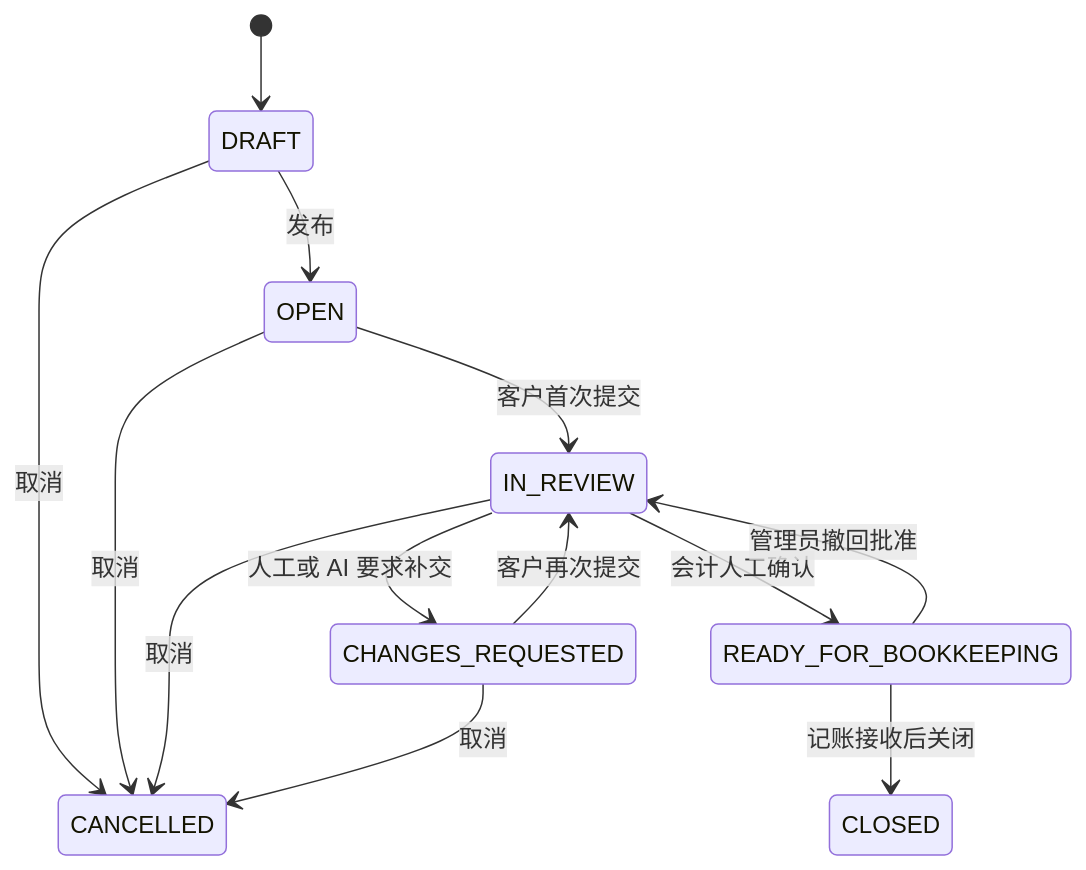
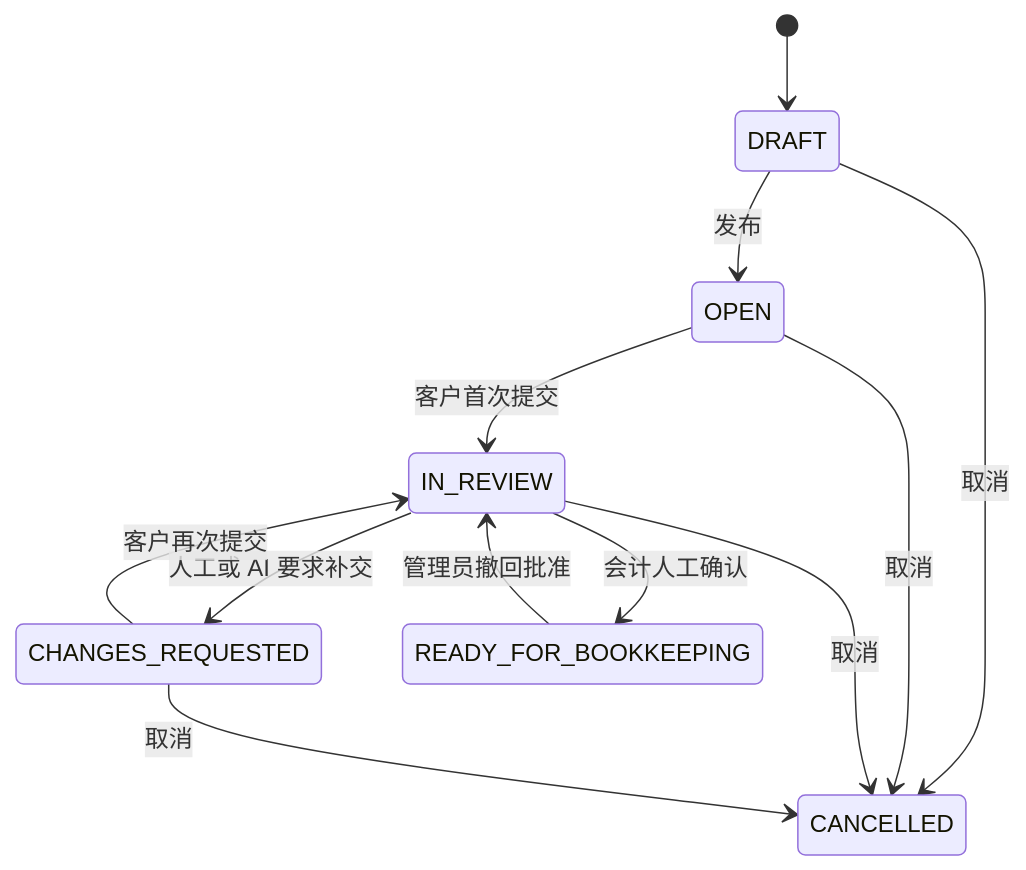
One commit to multi-mind-nus/acc-system-docs changed the fifth of 7 diagrams in README_系统设计说明书.md. Above: the diagram before and after it, drawn with Mermaid. The commit also changed other lines of this file and 5 other files, not shown here.

Commit message:
docs: add Folio architecture diagrams and refresh design documentation

````diff
--- a/README_系统设计说明书.md
+++ b/README_系统设计说明书.md
@@ -389,15 +413,14 @@
 ```mermaid
 stateDiagram-v2
     [*] --> DRAFT
     DRAFT --> OPEN: 发布
     OPEN --> IN_REVIEW: 客户首次提交
     IN_REVIEW --> CHANGES_REQUESTED: 人工或 AI 要求补交
     CHANGES_REQUESTED --> IN_REVIEW: 客户再次提交
     IN_REVIEW --> READY_FOR_BOOKKEEPING: 会计人工确认
     READY_FOR_BOOKKEEPING --> IN_REVIEW: 管理员撤回批准
-    READY_FOR_BOOKKEEPING --> CLOSED: 记账接收后关闭
     DRAFT --> CANCELLED: 取消
     OPEN --> CANCELLED: 取消
     IN_REVIEW --> CANCELLED: 取消
     CHANGES_REQUESTED --> CANCELLED: 取消
 ```
````
